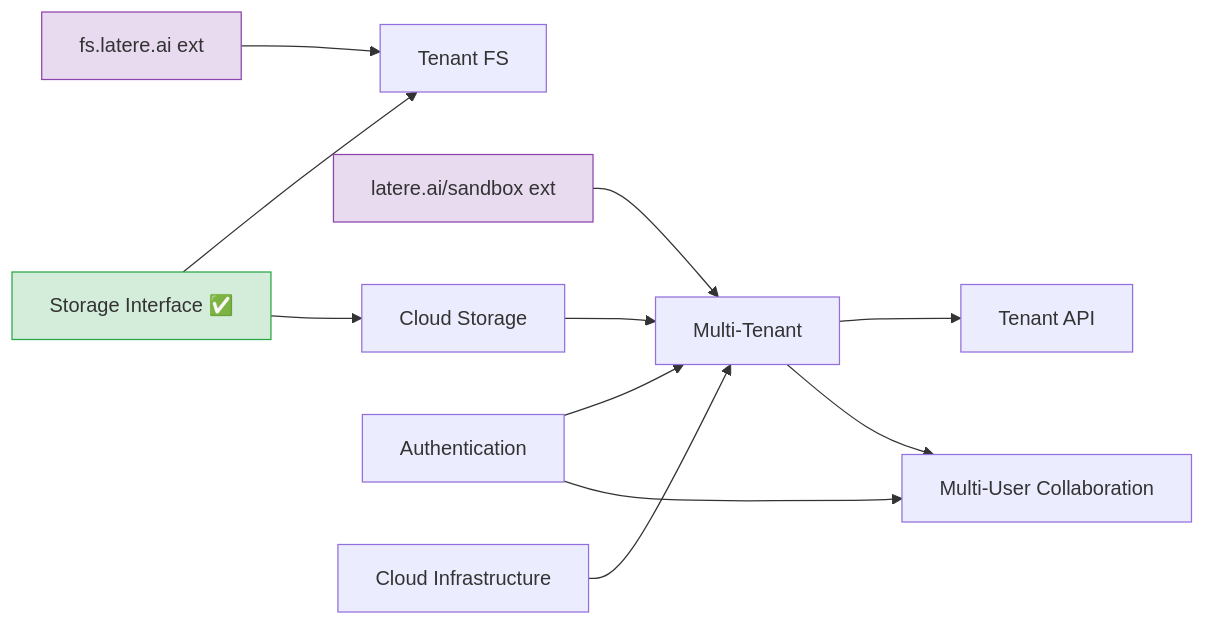
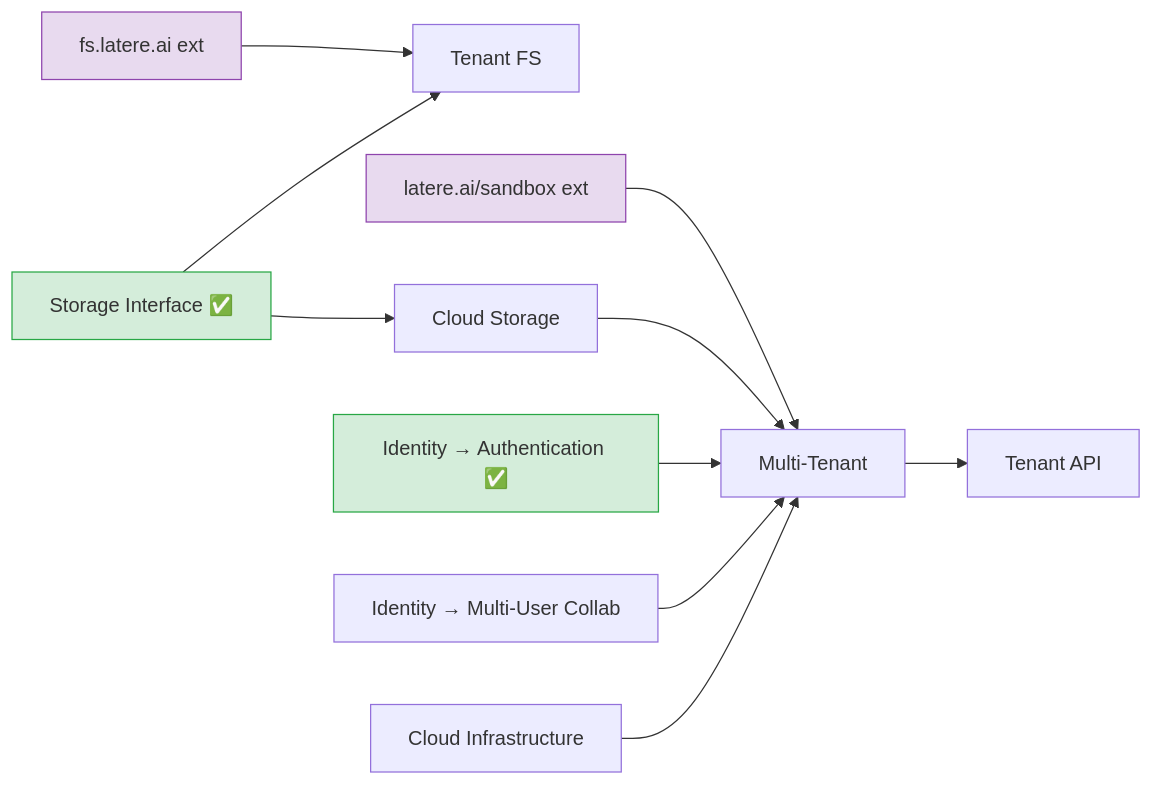
One commit to changkun/wallfacer changed the second of 5 diagrams in specs/README.md. Above: the diagram before and after it, drawn with Mermaid. The commit also changed other lines of this file and 29 other files, not shown here.

````diff
--- a/specs/README.md
+++ b/specs/README.md
@@ -134,17 +135,17 @@
 ```mermaid
 graph LR
   FS[fs.latere.ai ext] --> TFS[Tenant FS]
   SBX[latere.ai/sandbox ext] --> MT[Multi-Tenant]
   STI[Storage Interface ✅] --> TFS
   STI --> CS[Cloud Storage]
   CS --> MT
-  AUTH[Authentication] --> MT
+  AUTH[Identity → Authentication ✅] --> MT
+  MUC[Identity → Multi-User Collab] --> MT
   CI[Cloud Infrastructure] --> MT
   MT --> TA[Tenant API]
-  AUTH --> MUC[Multi-User Collaboration]
-  MT --> MUC
 
   style STI fill:#d4edda,stroke:#28a745
+  style AUTH fill:#d4edda,stroke:#28a745
   style FS fill:#e8daef,stroke:#8e44ad
   style SBX fill:#e8daef,stroke:#8e44ad
 ```
````
